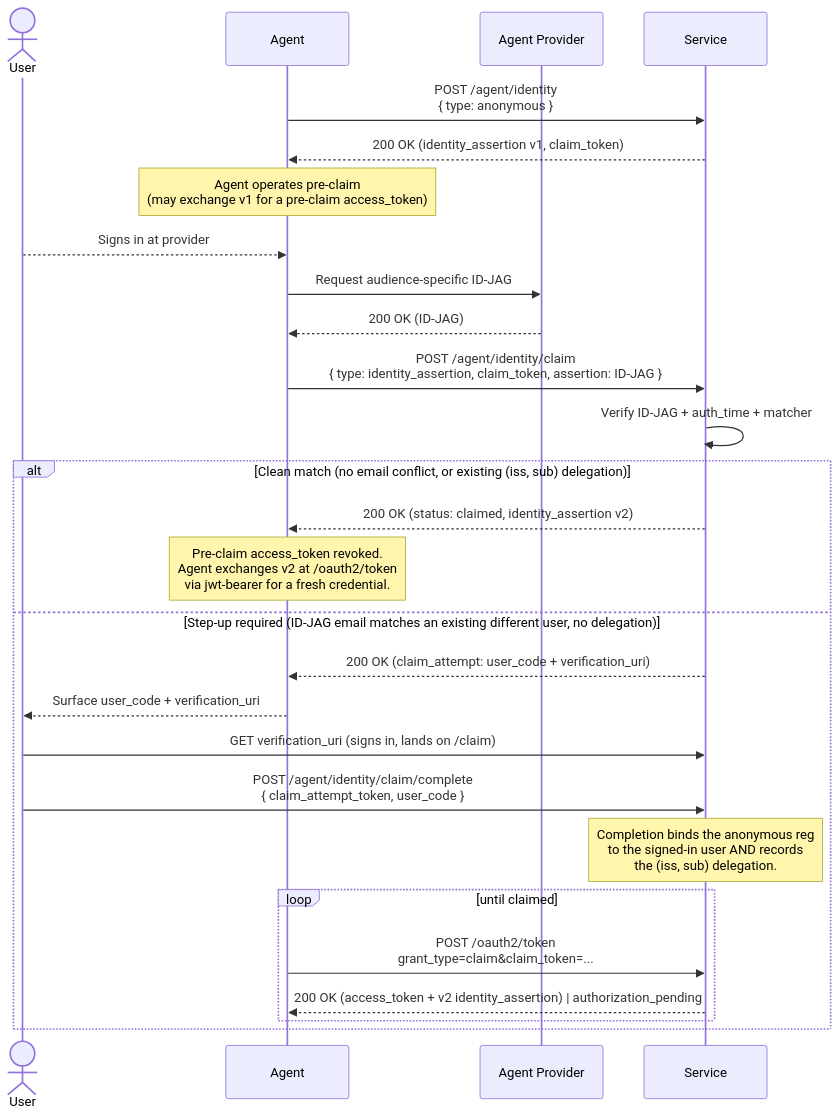
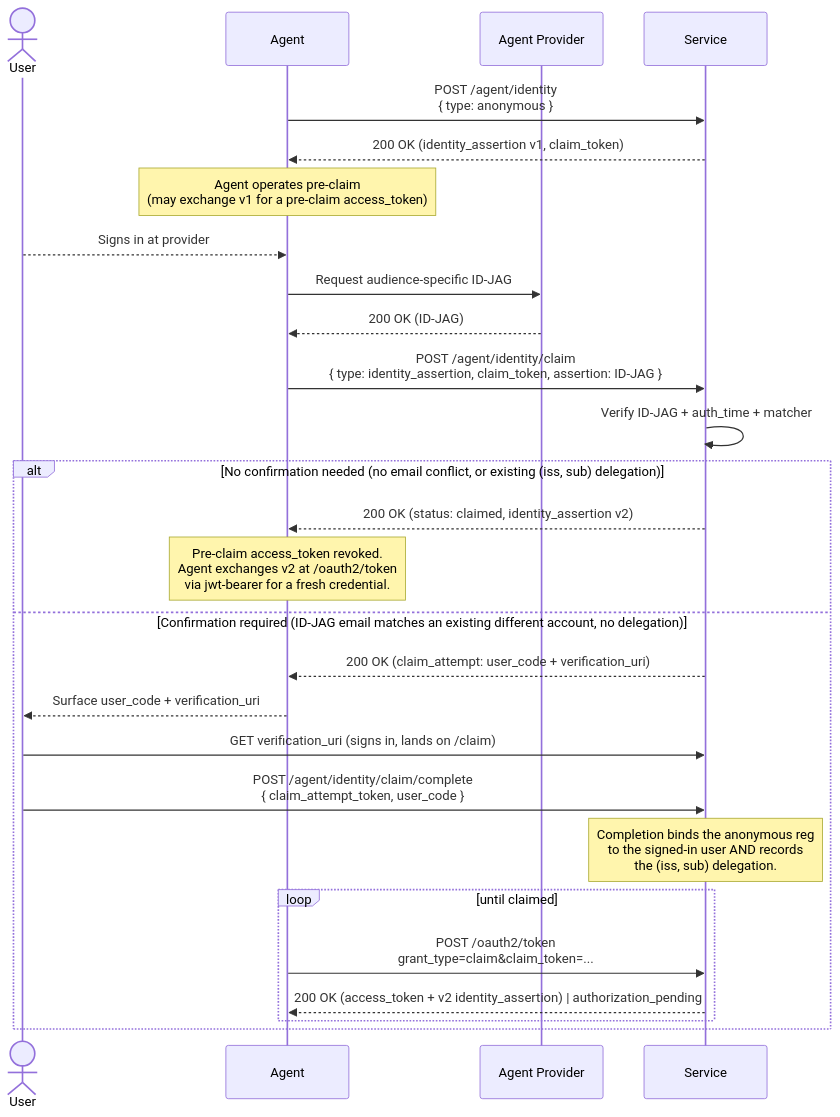
The fourth of 4 diagrams in README.md (cloudinary/auth.md), drawn with Mermaid before and after one commit. The commit also changed other lines of this file and 3 other files, not shown here.

````diff
--- a/README.md
+++ b/README.md
@@ -173,34 +173,34 @@
 ```mermaid
 sequenceDiagram
     actor User
     participant Agent
     participant Provider as Agent Provider
     participant Service
 
     Agent->>Service: POST /agent/identity<br/>{ type: anonymous }
     Service-->>Agent: 200 OK (identity_assertion v1, claim_token)
 
     Note over Agent: Agent operates pre-claim<br/>(may exchange v1 for a pre-claim access_token)
 
     User-->>Agent: Signs in at provider
     Agent->>Provider: Request audience-specific ID-JAG
     Provider-->>Agent: 200 OK (ID-JAG)
 
     Agent->>Service: POST /agent/identity/claim<br/>{ type: identity_assertion, claim_token, assertion: ID-JAG }
     Service->>Service: Verify ID-JAG + auth_time + matcher
 
-    alt Clean match (no email conflict, or existing (iss, sub) delegation)
+    alt No confirmation needed (no email conflict, or existing (iss, sub) delegation)
         Service-->>Agent: 200 OK (status: claimed, identity_assertion v2)
         Note over Agent: Pre-claim access_token revoked.<br/>Agent exchanges v2 at /oauth2/token<br/>via jwt-bearer for a fresh credential.
-    else Step-up required (ID-JAG email matches an existing different user, no delegation)
+    else Confirmation required (ID-JAG email matches an existing different account, no delegation)
         Service-->>Agent: 200 OK (claim_attempt: user_code + verification_uri)
         Agent-->>User: Surface user_code + verification_uri
         User->>Service: GET verification_uri (signs in, lands on /claim)
         User->>Service: POST /agent/identity/claim/complete<br/>{ claim_attempt_token, user_code }
         Note over Service: Completion binds the anonymous reg<br/>to the signed-in user AND records<br/>the (iss, sub) delegation.
         loop until claimed
           Agent->>Service: POST /oauth2/token<br/>grant_type=claim&claim_token=...
           Service-->>Agent: 200 OK (access_token + v2 identity_assertion) | authorization_pending
         end
     end
 ```
````
